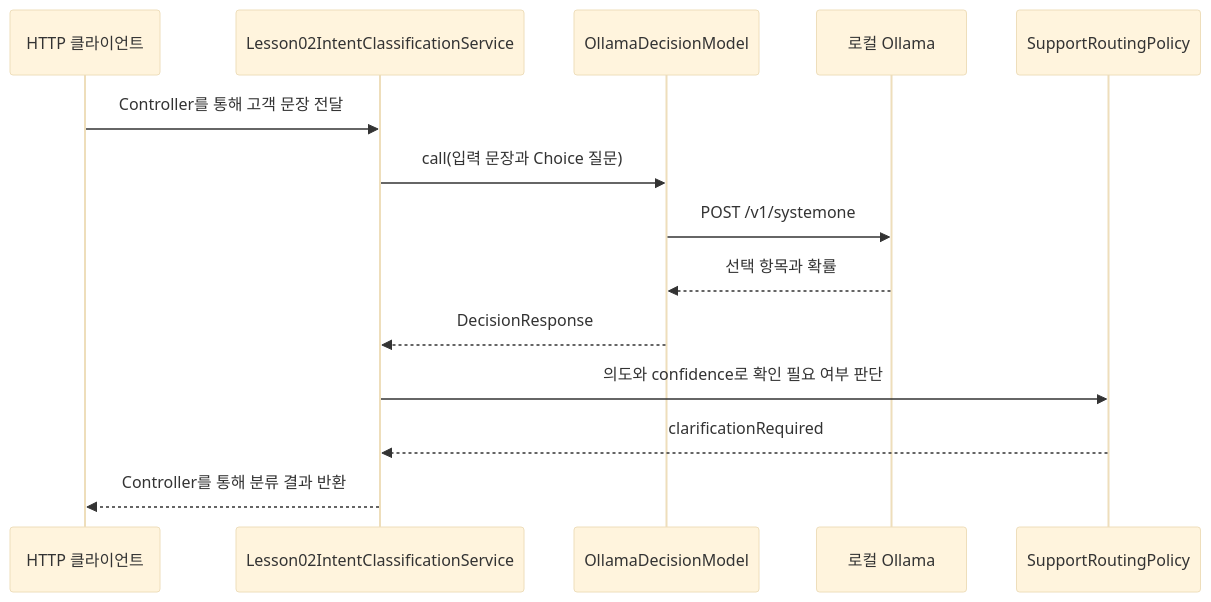
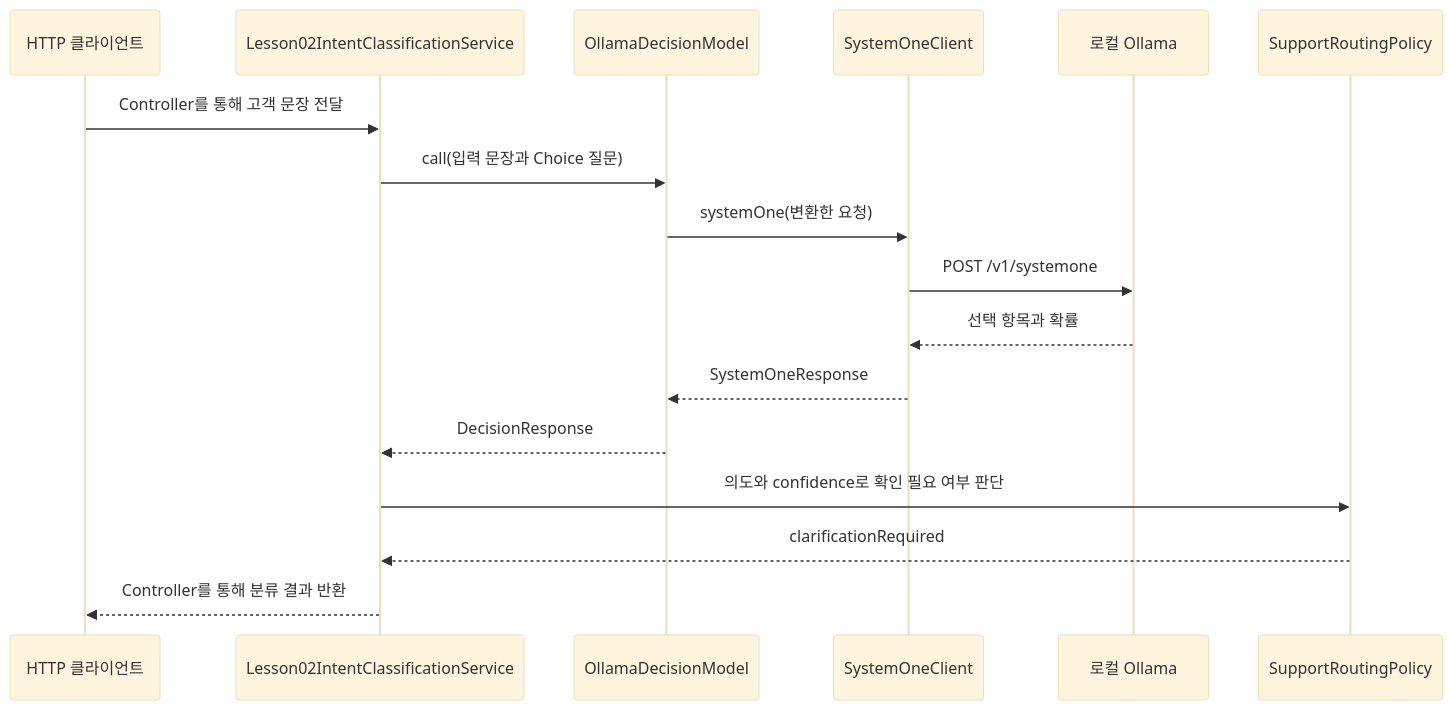
The diagram in Spring-AI-Agent-Learning/docs/lessons/15-ollama-decisions.md (Justin-ad-Park/SpringShoppingAI), drawn with Mermaid (base theme) before and after one commit. The commit also changed other lines of this file and 13 other files, not shown here.

````diff
--- a/Spring-AI-Agent-Learning/docs/lessons/15-ollama-decisions.md
+++ b/Spring-AI-Agent-Learning/docs/lessons/15-ollama-decisions.md
@@ -80,16 +80,19 @@
 ```mermaid
 sequenceDiagram
     participant C as HTTP 클라이언트
     participant S as Lesson02IntentClassificationService
     participant D as OllamaDecisionModel
+    participant H as SystemOneClient
     participant O as 로컬 Ollama
     participant P as SupportRoutingPolicy
     C->>S: Controller를 통해 고객 문장 전달
     S->>D: call(입력 문장과 Choice 질문)
-    D->>O: POST /v1/systemone
-    O-->>D: 선택 항목과 확률
+    D->>H: systemOne(변환한 요청)
+    H->>O: POST /v1/systemone
+    O-->>H: 선택 항목과 확률
+    H-->>D: SystemOneResponse
     D-->>S: DecisionResponse
     S->>P: 의도와 confidence로 확인 필요 여부 판단
     P-->>S: clarificationRequired
     S-->>C: Controller를 통해 분류 결과 반환
 ```
````
